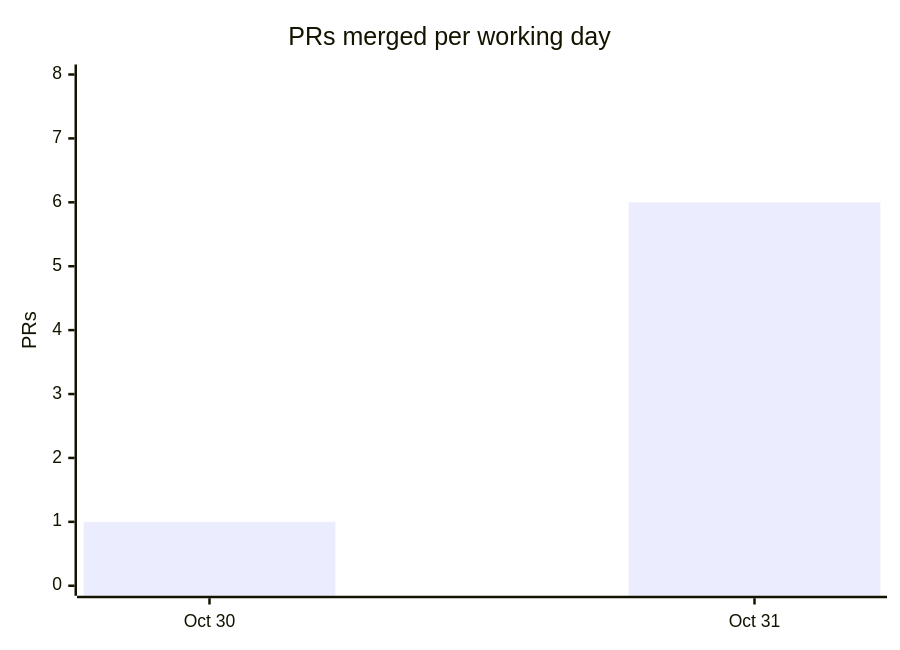
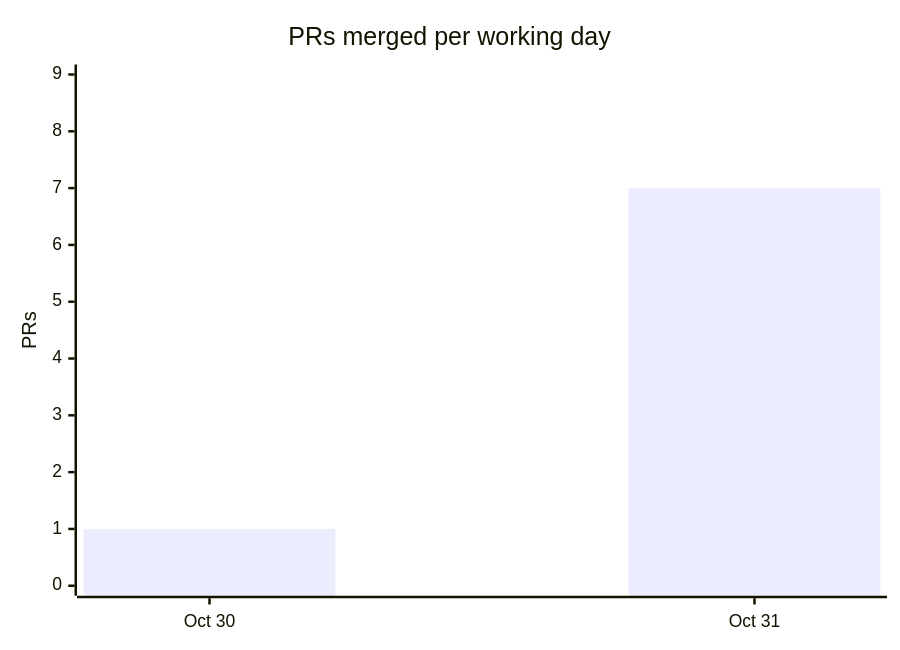
One commit to cmprssd/nfsh changed the fourth of 4 diagrams in docs/OVERVIEW.md. Above: the diagram before and after it, drawn with Mermaid. The commit also changed other lines of this file and 3 other files, not shown here.

````diff
--- a/docs/OVERVIEW.md
+++ b/docs/OVERVIEW.md
@@ -128,7 +128,7 @@
 ```mermaid
 xychart-beta
     title "PRs merged per working day"
     x-axis ["Oct 30", "Oct 31"]
-    y-axis "PRs" 0 --> 8
-    bar [1, 6]
+    y-axis "PRs" 0 --> 9
+    bar [1, 7]
 ```
````
